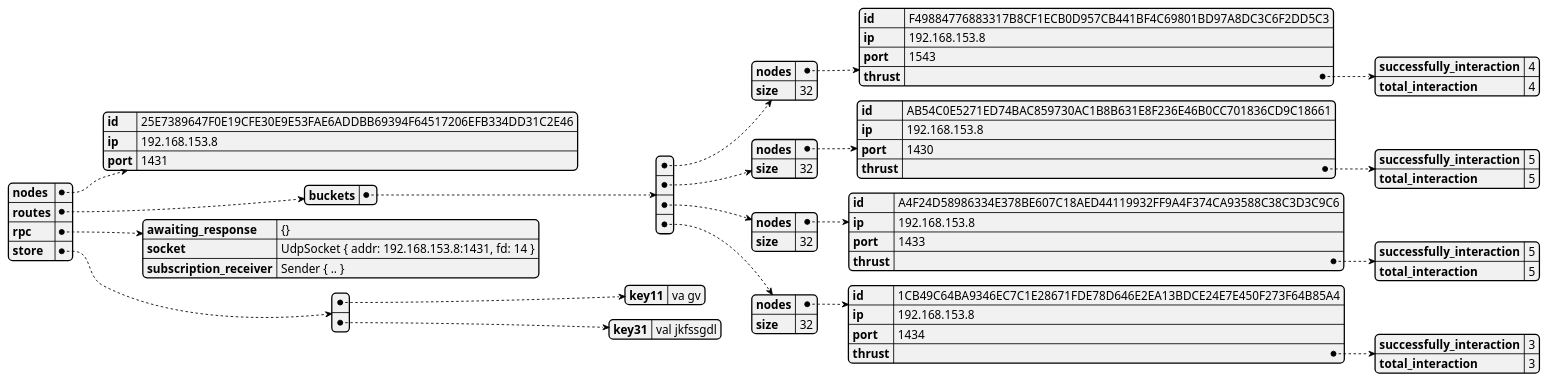
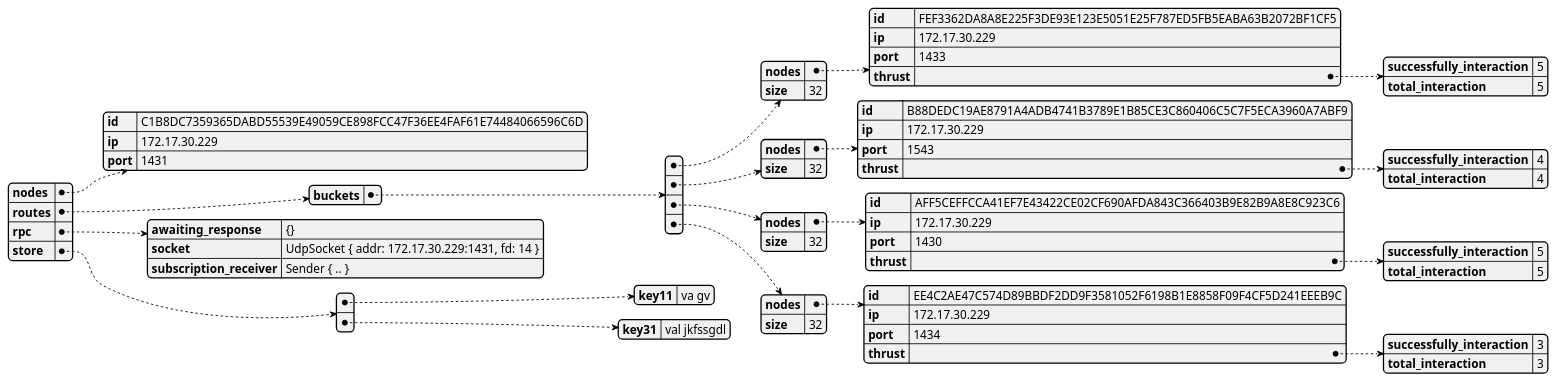
Before and after one commit to GoliathHagar/distributed_legder_kademlia: the diagram in src/distributed_legder/state_dumps/test-contact-2.json.plantuml, drawn with PlantUML. The commit also changed 17 other files, not shown here.

```diff
--- a/src/distributed_legder/state_dumps/test-contact-2.json.plantuml
+++ b/src/distributed_legder/state_dumps/test-contact-2.json.plantuml
@@ -1,3 +1,3 @@
 @startjson
-{"nodes":{"id":"25E7389647F0E19CFE30E9E53FAE6ADDBB69394F64517206EFB334DD31C2E46","ip":"192.168.153.8","port":1431},"routes":{"buckets":[{"nodes":{"id":"F49884776883317B8CF1ECB0D957CB441BF4C69801BD97A8DC3C6F2DD5C3","ip":"192.168.153.8","port":1543,"thrust":{"successfully_interaction":4,"total_interaction":4}},"size":32},{"nodes":{"id":"AB54C0E5271ED74BAC859730AC1B8B631E8F236E46B0CC701836CD9C18661","ip":"192.168.153.8","port":1430,"thrust":{"successfully_interaction":5,"total_interaction":5}},"size":32},{"nodes":{"id":"A4F24D58986334E378BE607C18AED44119932FF9A4F374CA93588C38C3D3C9C6","ip":"192.168.153.8","port":1433,"thrust":{"successfully_interaction":5,"total_interaction":5}},"size":32},{"nodes":{"id":"1CB49C64BA9346EC7C1E28671FDE78D646E2EA13BDCE24E7E450F273F64B85A4","ip":"192.168.153.8","port":1434,"thrust":{"successfully_interaction":3,"total_interaction":3}},"size":32}]},"rpc":{"awaiting_response":"{}","socket":"UdpSocket { addr: 192.168.153.8:1431, fd: 14 }","subscription_receiver":"Sender { .. }"},"store":[{"key11":"va gv"},{"key31":"val jkfssgdl"}]}
+{"nodes":{"id":"C1B8DC7359365DABD55539E49059CE898FCC47F36EE4FAF61E74484066596C6D","ip":"172.17.30.229","port":1431},"routes":{"buckets":[{"nodes":{"id":"FEF3362DA8A8E225F3DE93E123E5051E25F787ED5FB5EABA63B2072BF1CF5","ip":"172.17.30.229","port":1433,"thrust":{"successfully_interaction":5,"total_interaction":5}},"size":32},{"nodes":{"id":"B88DEDC19AE8791A4ADB4741B3789E1B85CE3C860406C5C7F5ECA3960A7ABF9","ip":"172.17.30.229","port":1543,"thrust":{"successfully_interaction":4,"total_interaction":4}},"size":32},{"nodes":{"id":"AFF5CEFFCCA41EF7E43422CE02CF690AFDA843C366403B9E82B9A8E8C923C6","ip":"172.17.30.229","port":1430,"thrust":{"successfully_interaction":5,"total_interaction":5}},"size":32},{"nodes":{"id":"EE4C2AE47C574D89BBDF2DD9F3581052F6198B1E8858F09F4CF5D241EEEB9C","ip":"172.17.30.229","port":1434,"thrust":{"successfully_interaction":3,"total_interaction":3}},"size":32}]},"rpc":{"awaiting_response":"{}","socket":"UdpSocket { addr: 172.17.30.229:1431, fd: 14 }","subscription_receiver":"Sender { .. }"},"store":[{"key11":"va gv"},{"key31":"val jkfssgdl"}]}
 @endjson
```
